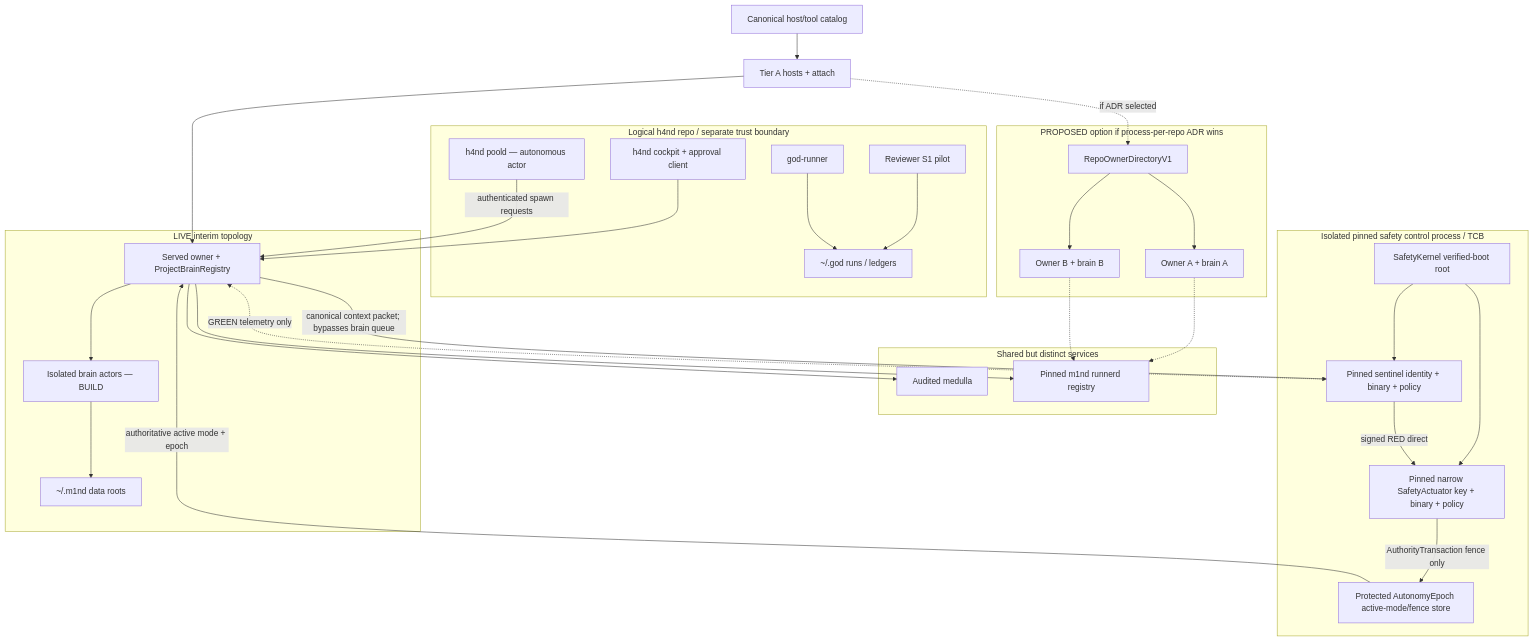
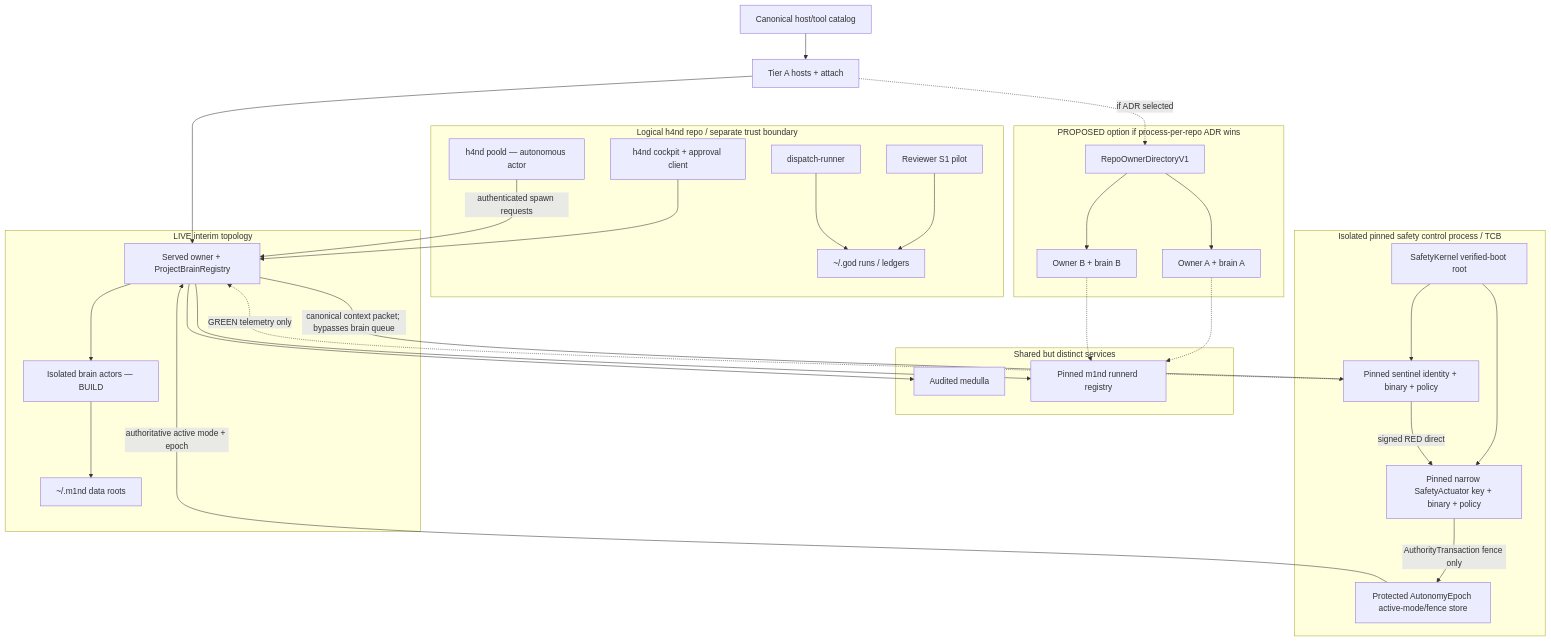
Diagram 29 of 31 in docs/M1ND-10-UML.md (maxkle1nz/m1nd), drawn with Mermaid before and after one commit. The commit also changed 23 other files, not shown here.

````diff
--- a/docs/M1ND-10-UML.md
+++ b/docs/M1ND-10-UML.md
@@ -1953,59 +1953,59 @@
 ```mermaid
 flowchart TB
     Hosts["Tier A hosts + attach"]
     Catalog["Canonical host/tool catalog"]
 
     subgraph Current["LIVE interim topology"]
         Central["Served owner + ProjectBrainRegistry"]
         Brains["Isolated brain actors — BUILD"]
         M1Data["~/.m1nd data roots"]
         Central --> Brains --> M1Data
     end
 
     subgraph ADR["PROPOSED option if process-per-repo ADR wins"]
         Directory["RepoOwnerDirectoryV1"]
         OwnerA["Owner A + brain A"]
         OwnerB["Owner B + brain B"]
         Directory --> OwnerA
         Directory --> OwnerB
     end
 
     subgraph H4Boundary["Logical h4nd repo / separate trust boundary"]
         H4["h4nd cockpit + approval client"]
         Poold["h4nd poold — autonomous actor"]
         Reviewer["Reviewer S1 pilot"]
-        GodRunner["god-runner"]
+        GodRunner["dispatch-runner"]
         GodData["~/.god runs / ledgers"]
         Reviewer --> GodData
         GodRunner --> GodData
     end
 
     subgraph Shared["Shared but distinct services"]
         Medulla["Audited medulla"]
         Runners["Pinned m1nd runnerd registry"]
     end
 
     subgraph SafetyBoundary["Isolated pinned safety control process / TCB"]
         KernelRoot["SafetyKernel verified-boot root"]
         SentinelProc["Pinned sentinel identity + binary + policy"]
         ActuatorProc["Pinned narrow SafetyActuator key + binary + policy"]
         EpochStore["Protected AutonomyEpoch active-mode/fence store"]
         KernelRoot --> SentinelProc
         KernelRoot --> ActuatorProc
         SentinelProc -->|"signed RED direct"| ActuatorProc
         ActuatorProc -->|"AuthorityTransaction fence only"| EpochStore
     end
 
     Catalog --> Hosts
     Hosts --> Central
     Hosts -.->|"if ADR selected"| Directory
     H4 --> Central
     Poold -->|"authenticated spawn requests"| Central
     Central -->|"canonical context packet; bypasses brain queue"| SentinelProc
     SentinelProc -.->|"GREEN telemetry only"| Central
     EpochStore -->|"authoritative active mode + epoch"| Central
     Central --> Runners
     Central --> Medulla
     OwnerA -.-> Runners
     OwnerB -.-> Runners
 ```
````
